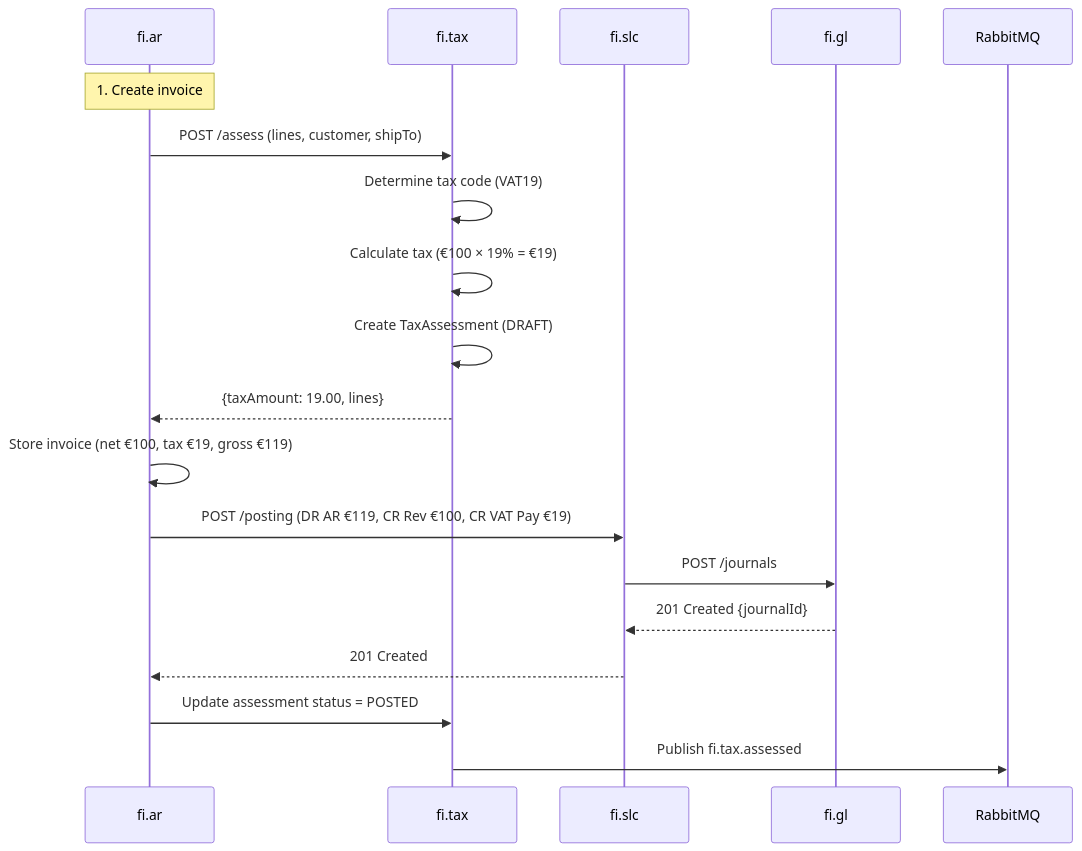
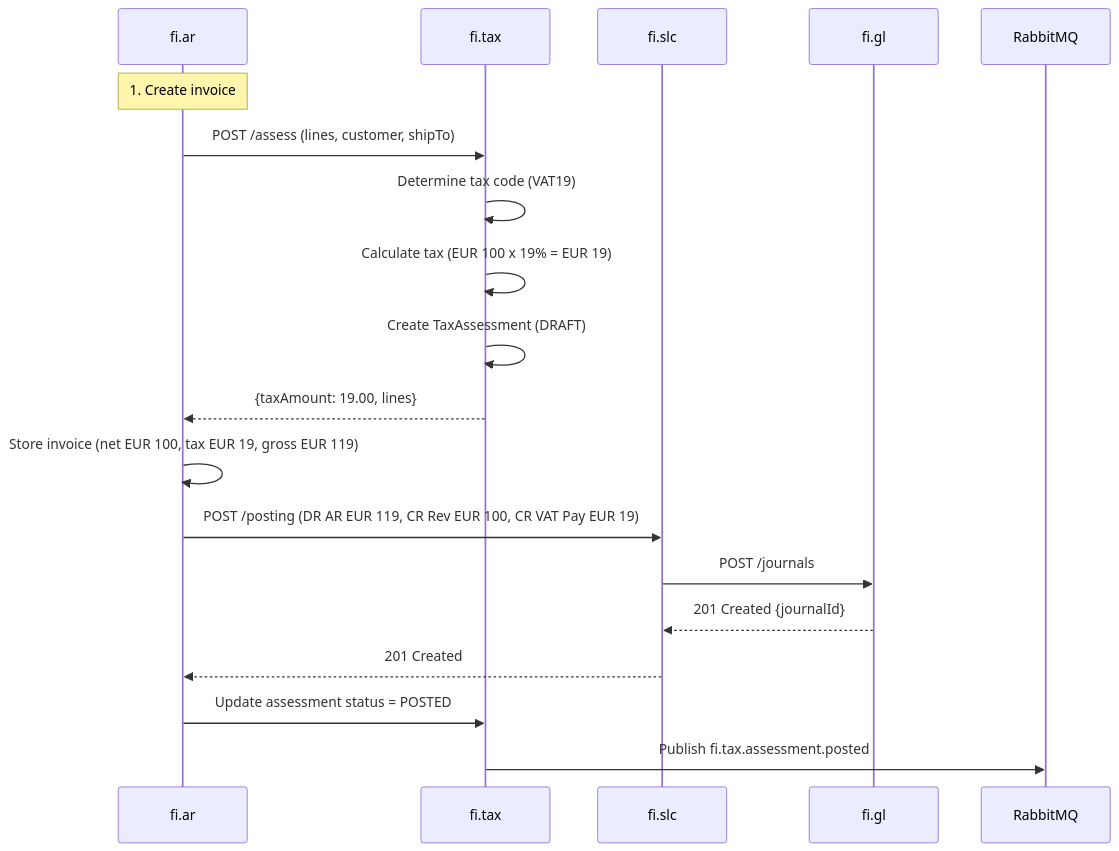
Before and after one commit to openleap-io/io.openleap.dev.spec: the seventh of 9 diagrams in T3_Domains/FI/domain-specs/ext/fi_tax-spec.md, drawn with Mermaid. The commit also changed other lines of this file and 54 other files, not shown here.

````diff
--- a/T3_Domains/FI/domain-specs/ext/fi_tax-spec.md
+++ b/T3_Domains/FI/domain-specs/ext/fi_tax-spec.md
@@ -855,24 +1564,24 @@
 ```mermaid
 sequenceDiagram
     participant AR as fi.ar
     participant TAX as fi.tax
     participant SLC as fi.slc
     participant GL as fi.gl
     participant MQ as RabbitMQ
     
     Note over AR: 1. Create invoice
     AR->>TAX: POST /assess (lines, customer, shipTo)
     TAX->>TAX: Determine tax code (VAT19)
-    TAX->>TAX: Calculate tax (€100 × 19% = €19)
+    TAX->>TAX: Calculate tax (EUR 100 x 19% = EUR 19)
     TAX->>TAX: Create TaxAssessment (DRAFT)
     TAX-->>AR: {taxAmount: 19.00, lines}
     
-    AR->>AR: Store invoice (net €100, tax €19, gross €119)
-    AR->>SLC: POST /posting (DR AR €119, CR Rev €100, CR VAT Pay €19)
+    AR->>AR: Store invoice (net EUR 100, tax EUR 19, gross EUR 119)
+    AR->>SLC: POST /posting (DR AR EUR 119, CR Rev EUR 100, CR VAT Pay EUR 19)
     SLC->>GL: POST /journals
     GL-->>SLC: 201 Created {journalId}
     SLC-->>AR: 201 Created
     
     AR->>TAX: Update assessment status = POSTED
-    TAX->>MQ: Publish fi.tax.assessed
+    TAX->>MQ: Publish fi.tax.assessment.posted
 ```
````
